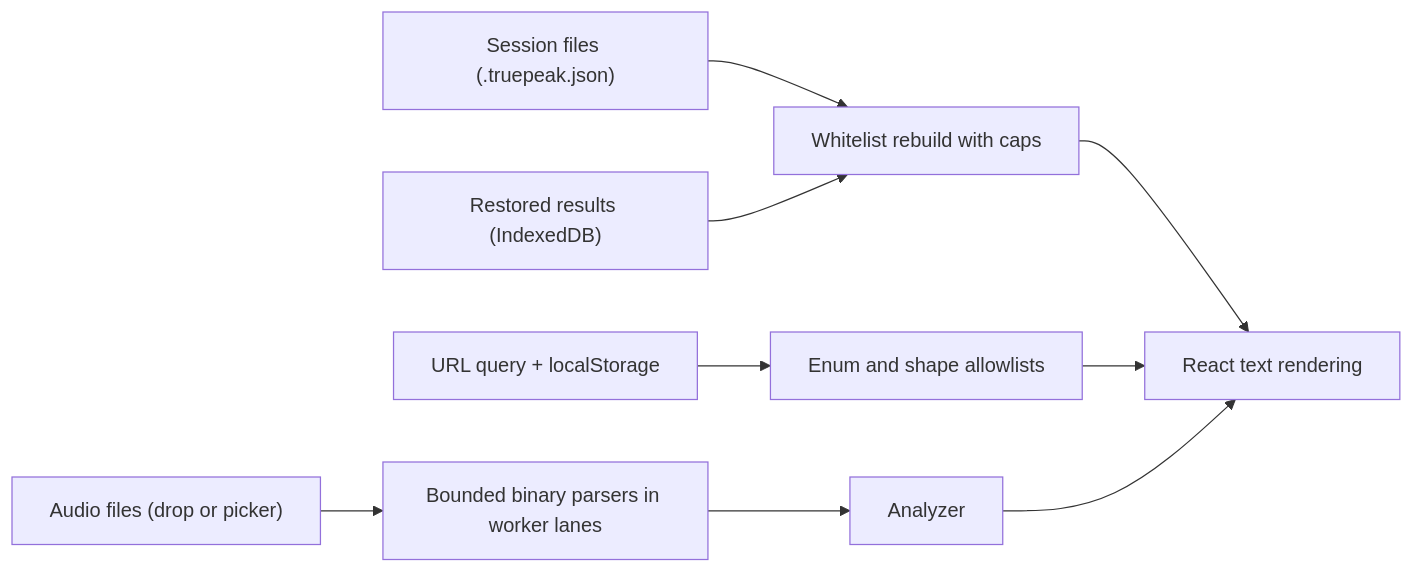
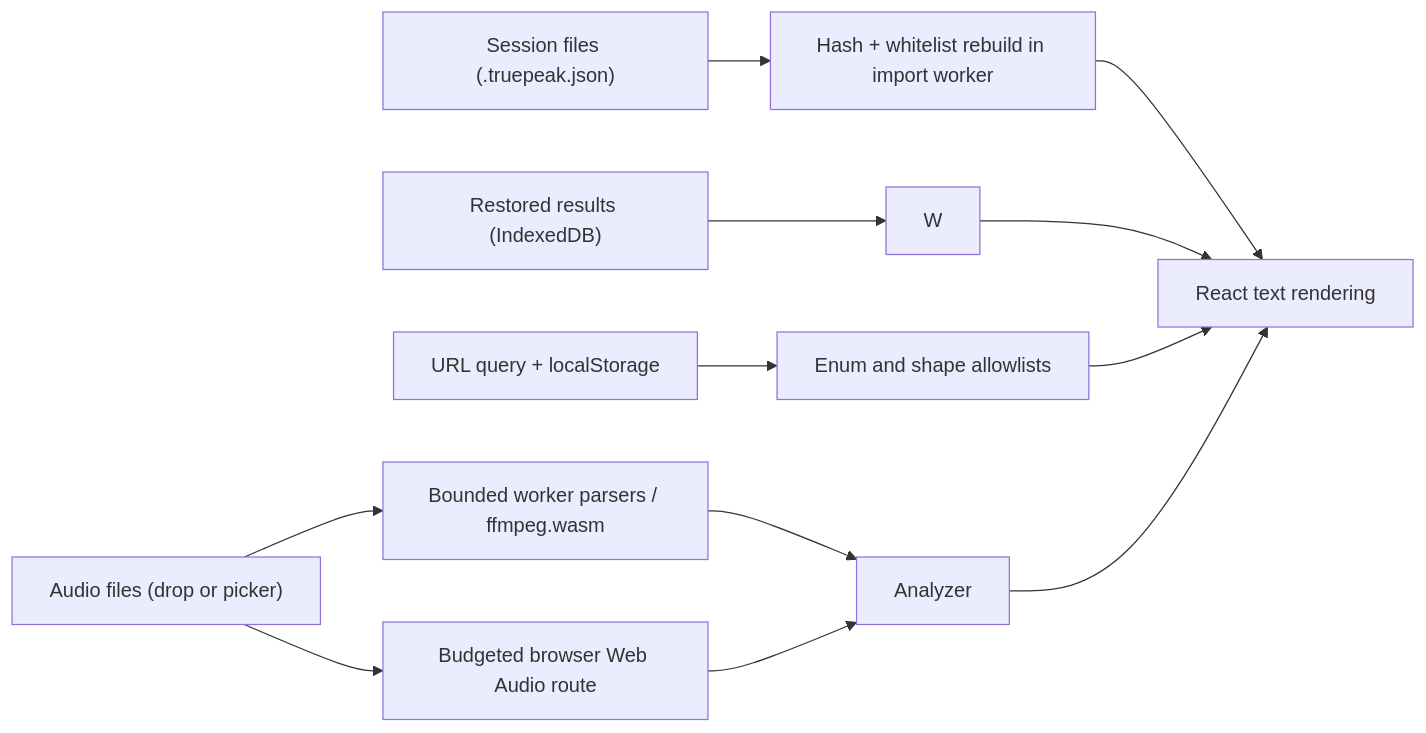
The diagram in SECURITY.md (rsvptr/truepeak), drawn with Mermaid before and after one commit. The commit also changed other lines of this file and 60 other files, not shown here.

````diff
--- a/SECURITY.md
+++ b/SECURITY.md
@@ -45,11 +45,14 @@
 ```mermaid
 flowchart LR
-    A["Audio files (drop or picker)"] --> P["Bounded binary parsers in worker lanes"]
-    B["Session files (.truepeak.json)"] --> W["Whitelist rebuild with caps"]
+    A["Audio files (drop or picker)"] --> P["Bounded worker parsers / ffmpeg.wasm"]
+    A --> BA["Budgeted browser Web Audio route"]
+    B["Session files (.truepeak.json)"] --> SW["Hash + whitelist rebuild in import worker"]
     C["Restored results (IndexedDB)"] --> W
     D["URL query + localStorage"] --> E["Enum and shape allowlists"]
     P --> F["Analyzer"]
+    BA --> F
+    SW --> G["React text rendering"]
     W --> G["React text rendering"]
     E --> G
     F --> G
 ```
````
